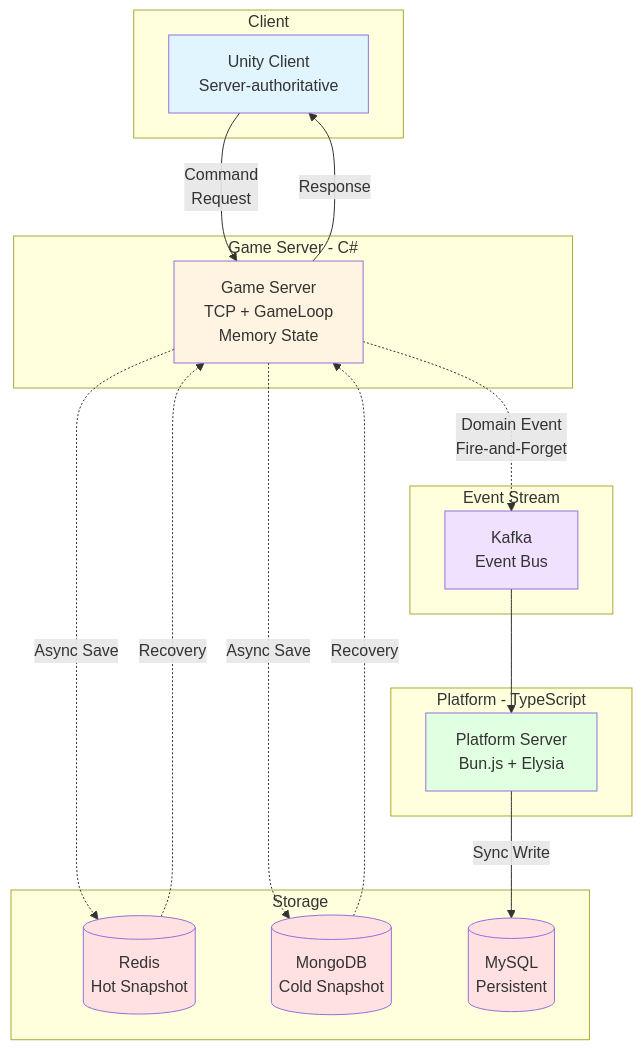
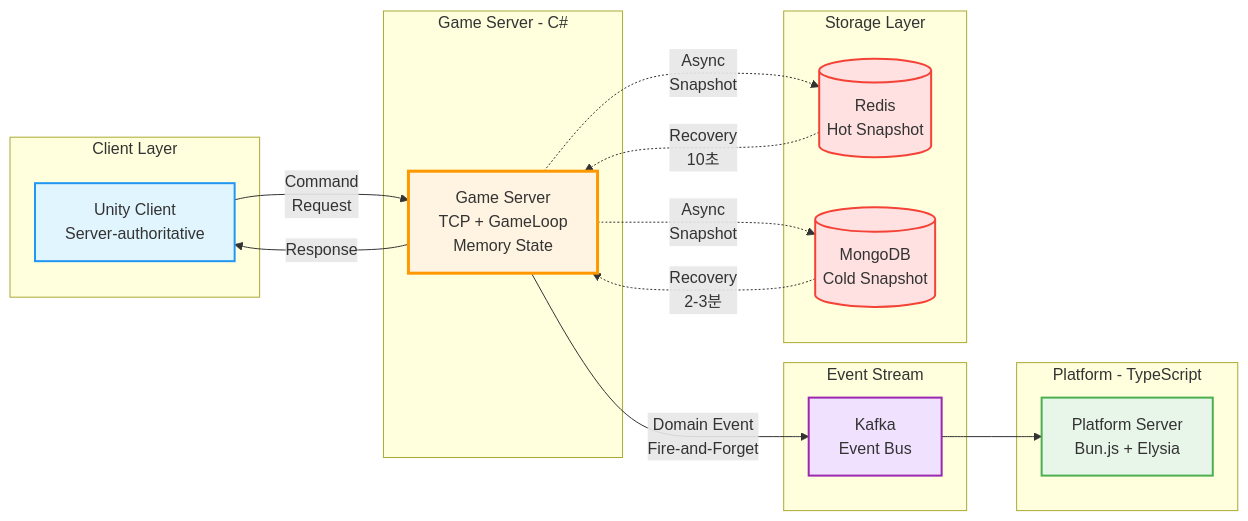
The fourth of 8 diagrams in README.md (1985jwlee/overview), drawn with Mermaid before and after one commit. The commit also changed other lines of this file, not shown here.

````diff
--- a/README.md
+++ b/README.md
@@ -34,42 +144,39 @@
 ```mermaid
-graph TB
-    subgraph "Client"
+graph LR
+    subgraph Client["Client Layer"]
         UC[Unity Client<br/>Server-authoritative]
     end
     
-    subgraph "Game Server - C#"
+    subgraph GameServer["Game Server - C#"]
         GS[Game Server<br/>TCP + GameLoop<br/>Memory State]
     end
     
-    subgraph "Event Stream"
+    subgraph EventStream["Event Stream"]
         KF[Kafka<br/>Event Bus]
     end
     
-    subgraph "Platform - TypeScript"
+    subgraph Platform["Platform - TypeScript"]
         PS[Platform Server<br/>Bun.js + Elysia]
     end
     
-    subgraph "Storage"
+    subgraph Storage["Storage Layer"]
         RD[(Redis<br/>Hot Snapshot)]
         MG[(MongoDB<br/>Cold Snapshot)]
-        MY[(MySQL<br/>Persistent)]
     end
     
     UC -->|Command<br/>Request| GS
     GS -->|Response| UC
-    GS -.->|Domain Event<br/>Fire-and-Forget| KF
+    GS -->|Domain Event<br/>Fire-and-Forget| KF
     KF --> PS
-    PS -->|Sync Write| MY
-    GS -.->|Async Save| RD
-    GS -.->|Async Save| MG
-    RD -.->|Recovery| GS
-    MG -.->|Recovery| GS
+    GS -.->|Async<br/>Snapshot| RD
+    GS -.->|Async<br/>Snapshot| MG
+    RD -.->|Recovery<br/>10초| GS
+    MG -.->|Recovery<br/>2-3분| GS
     
-    style UC fill:#e1f5ff
-    style GS fill:#fff4e1
-    style KF fill:#f0e1ff
-    style PS fill:#e1ffe1
-    style RD fill:#ffe1e1
-    style MG fill:#ffe1e1
-    style MY fill:#ffe1e1
+    style UC fill:#e1f5ff,stroke:#2196f3,stroke-width:2px
+    style GS fill:#fff4e1,stroke:#ff9800,stroke-width:3px
+    style KF fill:#f0e1ff,stroke:#9c27b0,stroke-width:2px
+    style PS fill:#e8f5e9,stroke:#4caf50,stroke-width:2px
+    style RD fill:#ffe1e1,stroke:#f44336,stroke-width:2px
+    style MG fill:#ffe1e1,stroke:#f44336,stroke-width:2px
 ```
````
